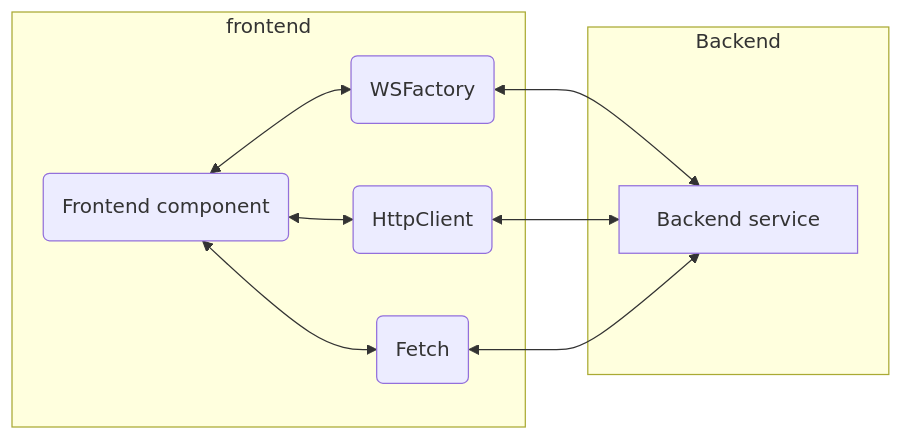
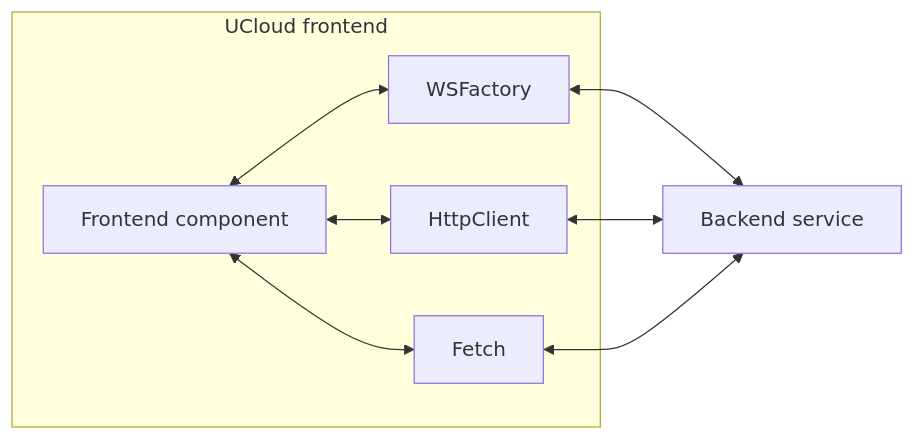
One commit to SDU-eScience/UCloud changed the diagram in provider-integration/im2/docs/src/dev/frontend/network-calls.md. Above: the diagram before and after it, drawn with Mermaid. The commit also changed other lines of this file and 10 other files, not shown here.

````diff
--- a/provider-integration/im2/docs/src/dev/frontend/network-calls.md
+++ b/provider-integration/im2/docs/src/dev/frontend/network-calls.md
@@ -9,15 +11,13 @@
 ```mermaid
 flowchart LR
-    subgraph frontend
-        A(Frontend component)
-        A <--> B(WSFactory)
-        A <--> C(HttpClient)
-        A <--> D(Fetch)
+    subgraph UCloud frontend
+        A["Frontend component"]:::diagram-external-ucloud
+        A <--> B["WSFactory"]:::diagram-external-ucloud
+        A <--> C["HttpClient"]:::diagram-external-ucloud
+        A <--> D["Fetch"]:::diagram-external-ucloud
     end
-    subgraph Backend
-        E[Backend service]
-    end
+    E["Backend service"]:::diagram-external-ucloud
     B <--> E
     C <--> E
     D <--> E
 ```
````
